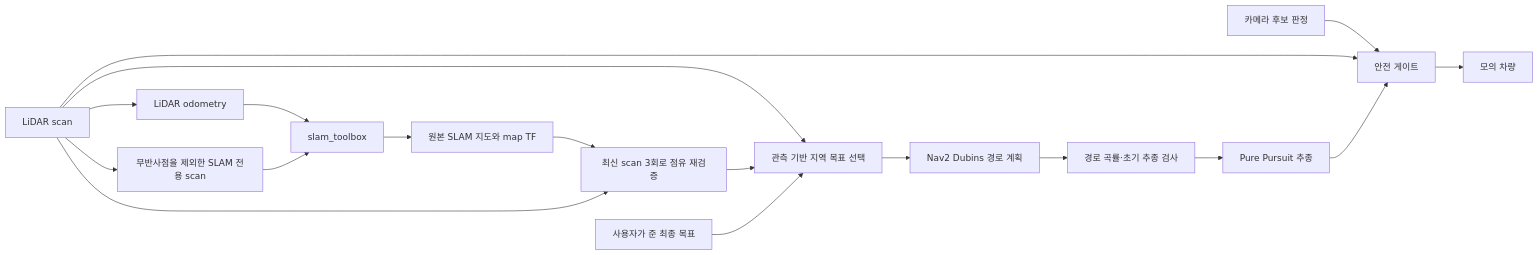
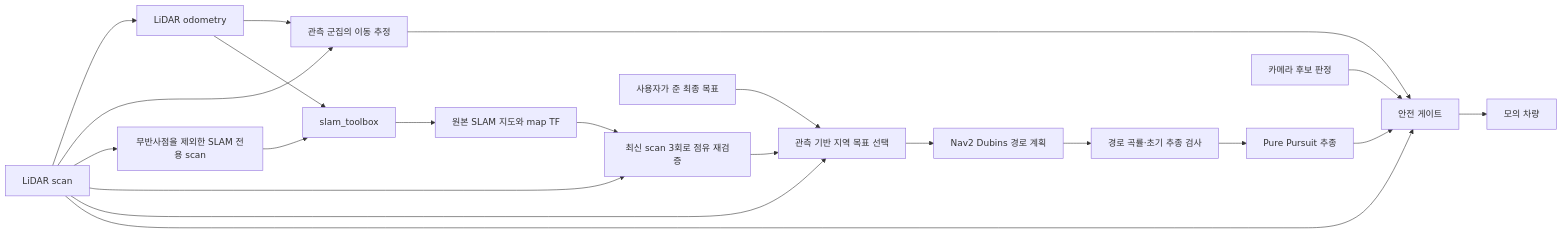
The diagram in docs/large-office-navigation.md (dongguekim-rgb/mrider), drawn with Mermaid before and after one commit. The commit also changed other lines of this file and 359 other files, not shown here.

````diff
--- a/docs/large-office-navigation.md
+++ b/docs/large-office-navigation.md
@@ -70,20 +71,23 @@
 ```mermaid
 flowchart LR
   S[LiDAR scan] --> O[LiDAR odometry]
+  O --> T[관측 군집의 이동 추정]
+  S --> T
   O --> SL[slam_toolbox]
   S --> F[무반사점을 제외한 SLAM 전용 scan]
   F --> SL
   SL --> RAW[원본 SLAM 지도와 map TF]
   RAW --> M[최신 scan 3회로 점유 재검증]
   S --> M
   S --> L[관측 기반 지역 목표 선택]
   M --> L
   G[사용자가 준 최종 목표] --> L
   L --> N[Nav2 Dubins 경로 계획]
   N --> P[경로 곡률·초기 추종 검사]
   P --> R[Pure Pursuit 추종]
   C[카메라 후보 판정] --> SG[안전 게이트]
   S --> SG
   R --> SG
+  T --> SG
   SG --> V[모의 차량]
 ```
````
